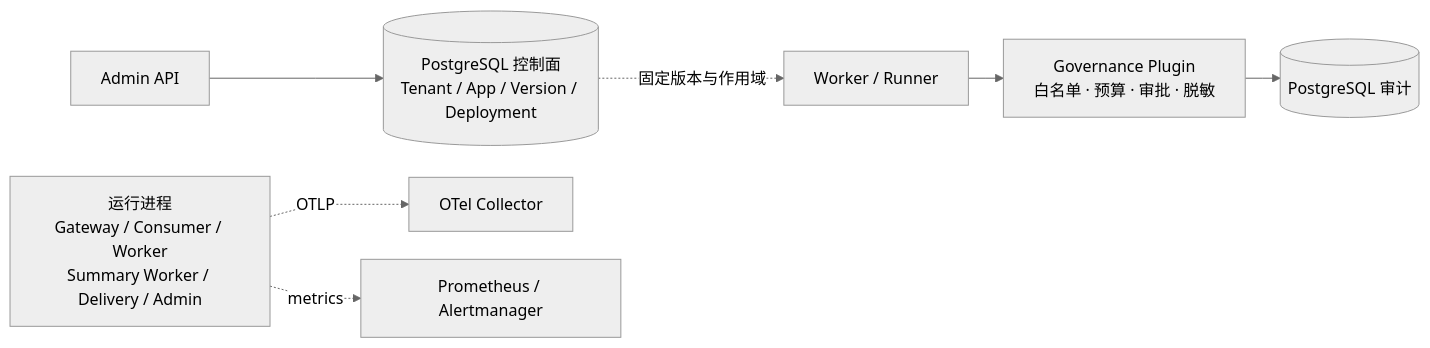
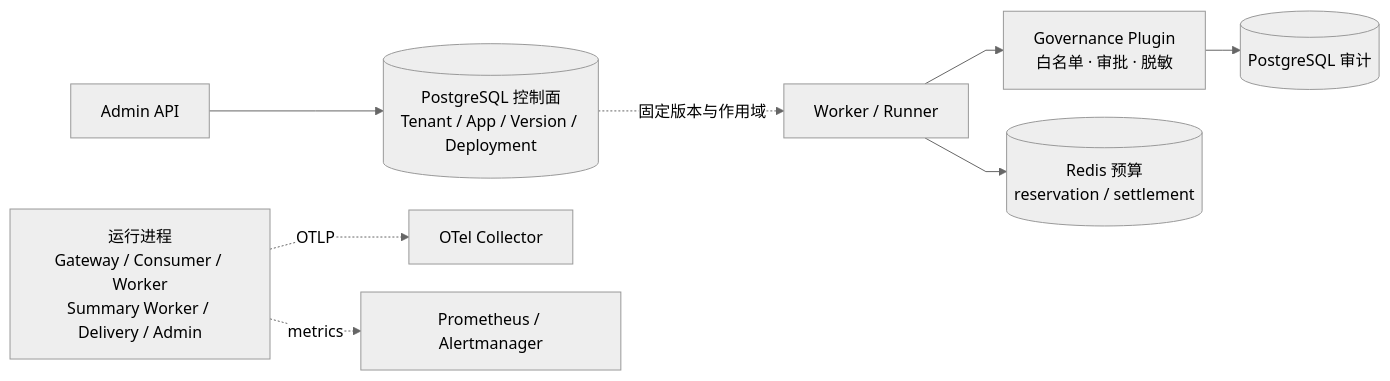
One commit to ltyfulan9/trpc-agent-service changed the third of 5 diagrams in docs/COMPETITION_SUBMISSION.md. Above: the diagram before and after it, drawn with Mermaid. The commit also changed other lines of this file and 14 other files, not shown here.

Commit message:
Refine architecture documentation and verify cross-backend tenant composition

````diff
--- a/docs/COMPETITION_SUBMISSION.md
+++ b/docs/COMPETITION_SUBMISSION.md
@@ -80,10 +77,11 @@
 ```mermaid
 %%{init: {"theme":"neutral","flowchart":{"curve":"linear","nodeSpacing":28,"rankSpacing":35}}}%%
 flowchart LR
   A[Admin API] --> CP[(PostgreSQL 控制面<br/>Tenant / App / Version / Deployment)]
   CP -.->|固定版本与作用域| W[Worker / Runner]
-  W --> G[Governance Plugin<br/>白名单 · 预算 · 审批 · 脱敏]
+  W --> G[Governance Plugin<br/>白名单 · 审批 · 脱敏]
+  W --> B[(Redis 预算<br/>reservation / settlement)]
   G --> AUDIT[(PostgreSQL 审计)]
   OPS[运行进程<br/>Gateway / Consumer / Worker<br/>Summary Worker / Delivery / Admin] -.->|OTLP| OT[OTel Collector]
   OPS -.->|metrics| PM[Prometheus / Alertmanager]
 ```
````
